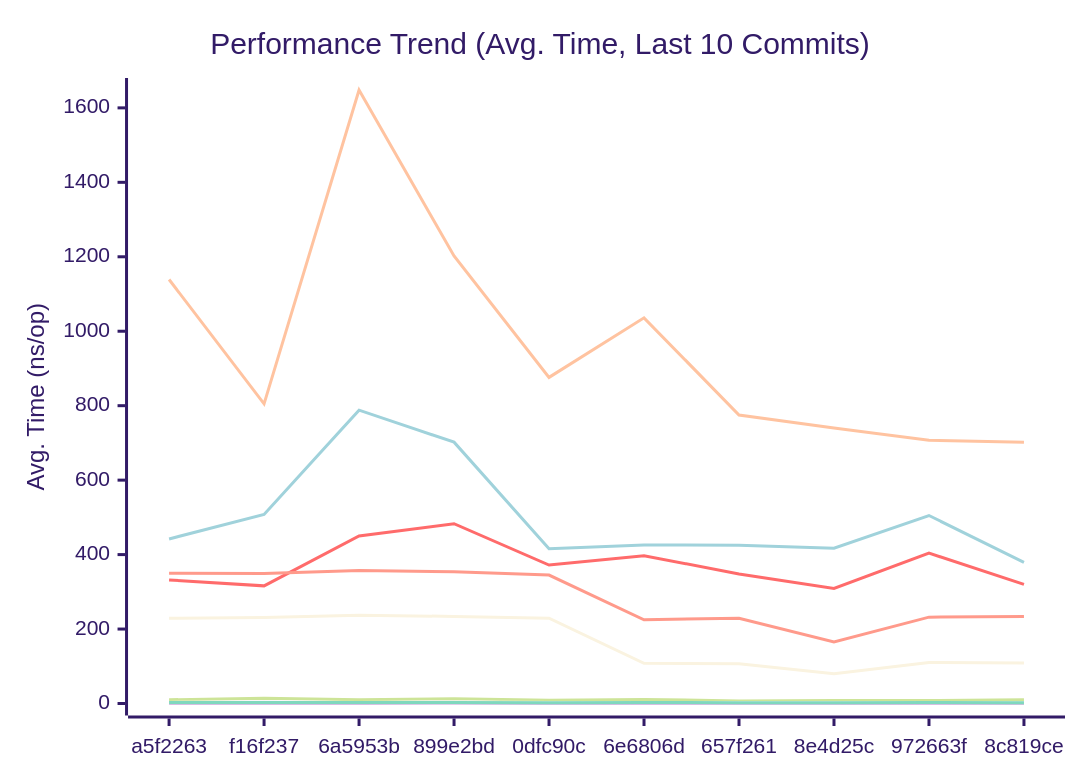
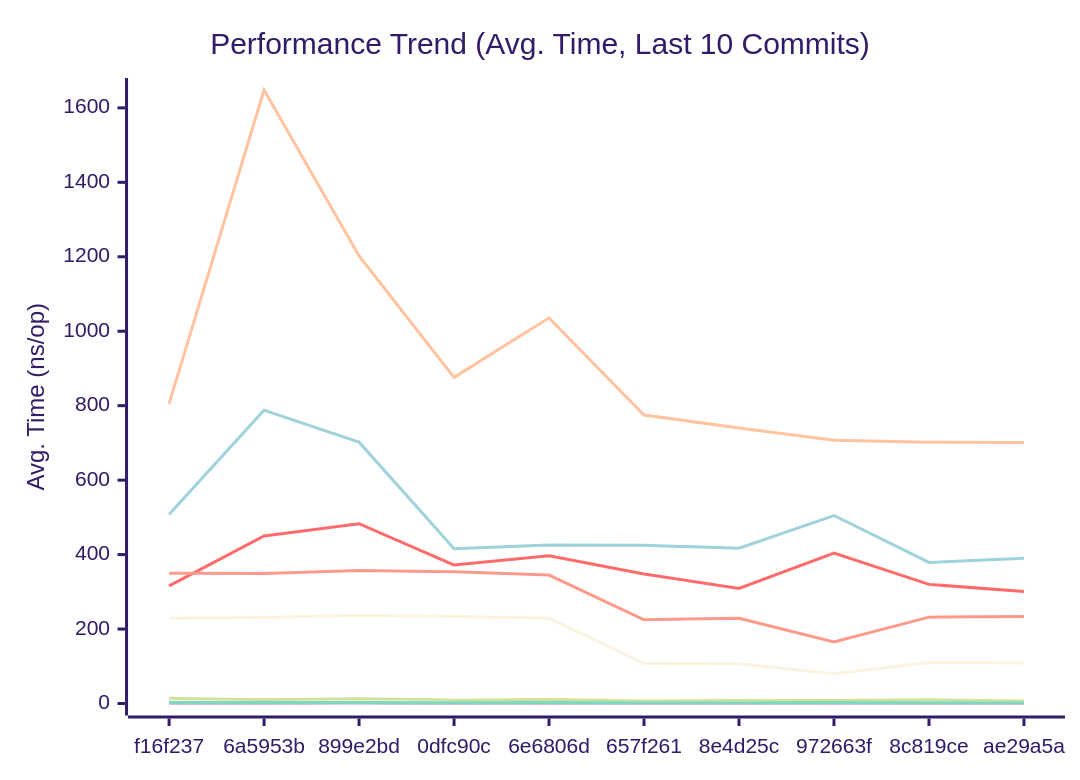
Before and after one commit to alsotoes/momo: the first of 3 diagrams in docs/PERFORMANCE.md, drawn with Mermaid (forest theme). The commit also changed other lines of this file and 5 other files, not shown here.

````diff
--- a/docs/PERFORMANCE.md
+++ b/docs/PERFORMANCE.md
@@ -80,16 +80,16 @@
 ```mermaid
 xychart-beta
     title "Performance Trend (Avg. Time, Last 10 Commits)"
     x-axis "Commit"
     y-axis "Avg. Time (ns/op)"
-    x-axis [a5f2263,f16f237,6a5953b,899e2bd,0dfc90c,6e6806d,657f261,8e4d25c,972663f,8c819ce]
-    line "CheckMetricsAndSwap" [10,14,10,13,9,11,7,8,8,10]
-    line "CrushOptimized" [332,316,450,483,372,397,348,309,404,320]
-    line "CrushOriginal" [442,508,788,702,416,426,425,417,505,379]
-    line "IndexDirectTracking" [0,0,0,1,0,0,0,0,0,0]
-    line "IndexSearch" [3,4,3,4,3,3,3,3,3,3]
-    line "LoadGlobalConfig" [1139,805,1648,1202,876,1036,775,740,707,702]
-    line "PadString" [3,3,3,3,2,3,2,2,3,2]
+    x-axis [f16f237,6a5953b,899e2bd,0dfc90c,6e6806d,657f261,8e4d25c,972663f,8c819ce,ae29a5a]
+    line "CheckMetricsAndSwap" [14,10,13,9,11,7,8,8,10,7]
+    line "CrushOptimized" [316,450,483,372,397,348,309,404,320,301]
+    line "CrushOriginal" [508,788,702,416,426,425,417,505,379,390]
+    line "IndexDirectTracking" [0,0,1,0,0,0,0,0,0,0]
+    line "IndexSearch" [4,3,4,3,3,3,3,3,3,3]
+    line "LoadGlobalConfig" [805,1648,1202,876,1036,775,740,707,702,701]
+    line "PadString" [3,3,3,2,3,2,2,3,2,2]
     line "ParseReplicationOrder_NoPrealloc" [350,349,357,354,345,225,229,165,232,234]
     line "ParseReplicationOrder_Prealloc" [229,231,237,234,229,108,107,80,110,109]
 ```
````
